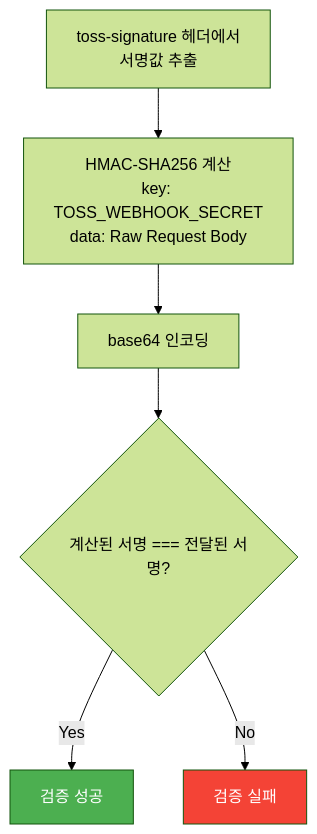
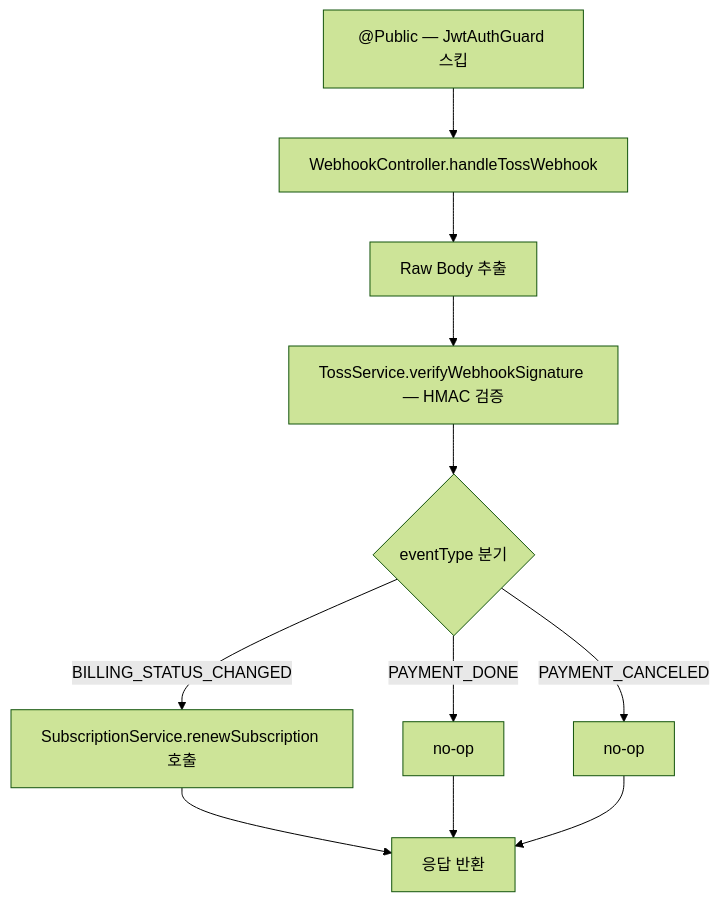
The second of 4 diagrams in docs/api/webhook-api.md (youngkim90/ddukddak-api), drawn with Mermaid (forest theme) before and after one commit. The commit also changed other lines of this file and 5 other files, not shown here.

First line of the commit message:
docs: simplify flowcharts with dual API/code flow structure

````diff
--- a/docs/api/webhook-api.md
+++ b/docs/api/webhook-api.md
@@ -86,11 +41,13 @@
 ```mermaid
 flowchart TD
-    A["toss-signature 헤더에서<br/>서명값 추출"] --> B["HMAC-SHA256 계산<br/>key: TOSS_WEBHOOK_SECRET<br/>data: Raw Request Body"]
-    B --> C["base64 인코딩"]
-    C --> D{계산된 서명 === 전달된 서명?}
-    D -- Yes --> E[검증 성공]
-    D -- No --> F[검증 실패]
-
-    style E fill:#4caf50,color:#fff
-    style F fill:#f44336,color:#fff
+    A["@Public — JwtAuthGuard 스킵"] --> B[WebhookController.handleTossWebhook]
+    B --> C[Raw Body 추출]
+    C --> D[TossService.verifyWebhookSignature — HMAC 검증]
+    D --> E{eventType 분기}
+    E -->|BILLING_STATUS_CHANGED| F[SubscriptionService.renewSubscription 호출]
+    E -->|PAYMENT_DONE| G[no-op]
+    E -->|PAYMENT_CANCELED| H[no-op]
+    F --> I[응답 반환]
+    G --> I
+    H --> I
 ```
````
